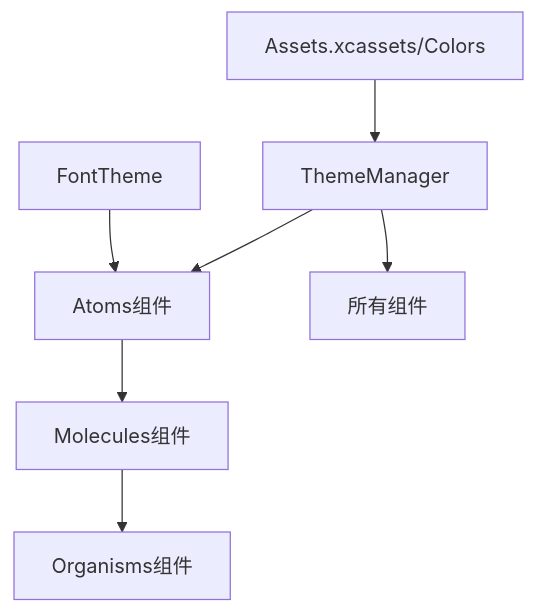
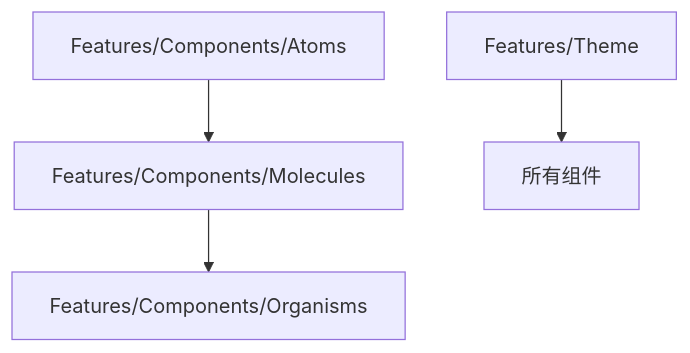
Before and after one commit to HS-Jack-YZY/SmartPlanner: the fourth of 5 diagrams in ProjectStructure.md, drawn with Mermaid. The commit also changed other lines of this file, not shown here.

````diff
--- a/ProjectStructure.md
+++ b/ProjectStructure.md
@@ -428,9 +314,6 @@
 ```mermaid
 graph TD
-    A[ThemeManager] --> B[Atoms组件]
-    C[FontTheme] --> B
-    B --> D[Molecules组件]
-    D --> E[Organisms组件]
-    A --> F[所有组件]
-    G[Assets.xcassets/Colors] --> A
+    A[Features/Components/Atoms] --> B[Features/Components/Molecules]
+    B --> C[Features/Components/Organisms]
+    D[Features/Theme] --> E[所有组件]
 ```
````
